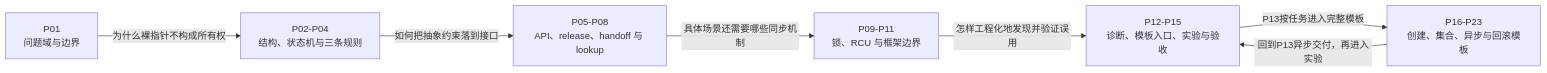
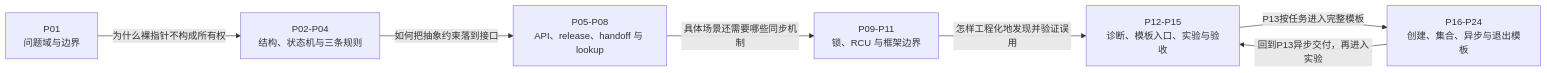
Before and after one commit to FormingSystem/linux_note: the diagram in knowledge/linux/object_lifetime/kref/大纲.md, drawn with Mermaid. The commit also changed other lines of this file and 17 other files, not shown here.

````diff
--- a/knowledge/linux/object_lifetime/kref/大纲.md
+++ b/knowledge/linux/object_lifetime/kref/大纲.md
@@ -21,16 +21,16 @@
 ```mermaid
 flowchart LR
     A["P01<br/>问题域与边界"]
     B["P02-P04<br/>结构、状态机与三条规则"]
     C["P05-P08<br/>API、release、handoff 与 lookup"]
     D["P09-P11<br/>锁、RCU 与框架边界"]
     E["P12-P15<br/>诊断、模板入口、实验与验收"]
-    T["P16-P23<br/>创建、集合、异步与回滚模板"]
+    T["P16-P24<br/>创建、集合、异步与退出模板"]
 
     A -->|"为什么裸指针不构成所有权"| B
     B -->|"如何把抽象约束落到接口"| C
     C -->|"具体场景还需要哪些同步机制"| D
     D -->|"怎样工程化地发现并验证误用"| E
     E -->|"P13按任务进入完整模板"| T
     T -->|"回到P13异步交付，再进入实验"| E
 ```
````
